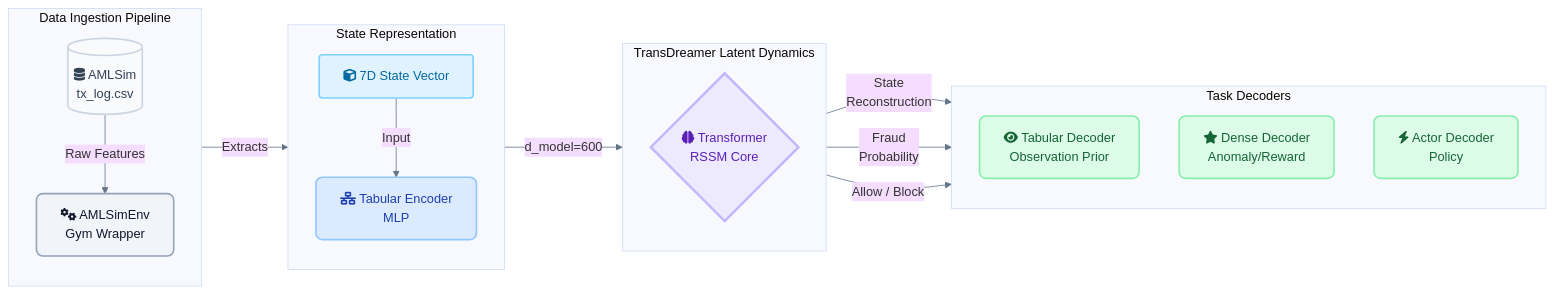
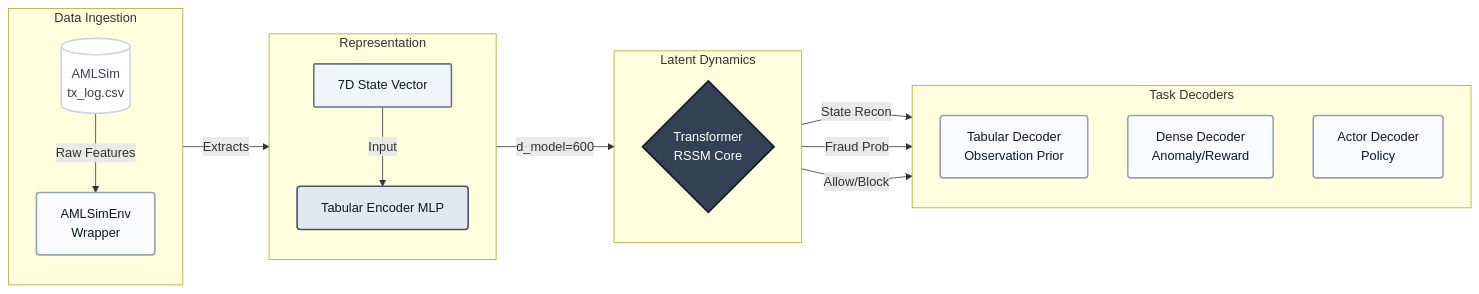
One commit to shubhamgupta407/TransDreamer-PaySim changed the first of 3 diagrams in README.md. Above: the diagram before and after it, drawn with Mermaid. The commit also changed other lines of this file, not shown here.

Commit message:
Redesign architecture diagrams to minimalist professional style and fix GitHub parsing errors

````diff
--- a/README.md
+++ b/README.md
@@ -7,47 +7,41 @@
 ```mermaid
-%%{init: {'theme': 'base', 'themeVariables': { 'fontFamily': 'Inter, sans-serif', 'lineColor': '#64748b' }}}%%
 flowchart LR
-    %% Data Pipeline Subgraph
-    subgraph Data [Data Ingestion Pipeline]
+    subgraph Data [Data Ingestion]
         direction TB
-        DB[(fa:fa-database AMLSim \ntx_log.csv)]:::database
-        Env[fa:fa-cogs AMLSimEnv \nGym Wrapper]:::component
+        DB[(AMLSim \n tx_log.csv)]:::db
+        Env[AMLSimEnv \n Wrapper]:::env
         DB -->|Raw Features| Env
     end
 
-    %% State Representation Subgraph
-    subgraph Encoder [State Representation]
+    subgraph Encoder [Representation]
         direction TB
-        State[fa:fa-cube 7D State Vector]:::tensor
-        TabEnc[fa:fa-network-wired Tabular Encoder \nMLP]:::neuralnet
+        State[7D State Vector]:::tensor
+        TabEnc[Tabular Encoder MLP]:::net
         Env -->|Extracts| State
         State -->|Input| TabEnc
     end
 
-    %% World Model Subgraph
-    subgraph WM [TransDreamer Latent Dynamics]
+    subgraph WM [Latent Dynamics]
         direction TB
-        RSSM{fa:fa-brain Transformer \nRSSM Core}:::core
+        RSSM{Transformer \n RSSM Core}:::core
         TabEnc -->|d_model=600| RSSM
     end
 
-    %% Decoders Subgraph
     subgraph Decoders [Task Decoders]
         direction TB
-        Rec[fa:fa-eye Tabular Decoder \n Observation Prior]:::decoder
-        Rew[fa:fa-star Dense Decoder \n Anomaly/Reward]:::decoder
-        Act[fa:fa-bolt Actor Decoder \n Policy]:::decoder
+        Rec[Tabular Decoder \n Observation Prior]:::dec
+        Rew[Dense Decoder \n Anomaly/Reward]:::dec
+        Act[Actor Decoder \n Policy]:::dec
         
-        RSSM -->|State \n Reconstruction| Rec
-        RSSM -->|Fraud \n Probability| Rew
-        RSSM -->|Allow / Block| Act
+        RSSM -->|State Recon| Rec
+        RSSM -->|Fraud Prob| Rew
+        RSSM -->|Allow/Block| Act
     end
 
-    %% Styling Classes
-    classDef database fill:#f8fafc,stroke:#cbd5e1,stroke-width:2px,color:#334155;
-    classDef component fill:#f1f5f9,stroke:#94a3b8,stroke-width:2px,color:#0f172a,rx:8,ry:8;
-    classDef tensor fill:#e0f2fe,stroke:#7dd3fc,stroke-width:2px,color:#0369a1,rx:4,ry:4;
-    classDef neuralnet fill:#dbeafe,stroke:#93c5fd,stroke-width:2px,color:#1e40af,rx:8,ry:8;
-    classDef core fill:#ede9fe,stroke:#c4b5fd,stroke-width:3px,color:#5b21b6;
-    classDef decoder fill:#dcfce7,stroke:#86efac,stroke-width:2px,color:#166534,rx:8,ry:8;
+    classDef db fill:#ffffff,stroke:#cbd5e1,stroke-width:2px,color:#334155,shape:cylinder;
+    classDef env fill:#f8fafc,stroke:#94a3b8,stroke-width:2px,color:#0f172a,rx:4,ry:4;
+    classDef tensor fill:#f1f5f9,stroke:#64748b,stroke-width:2px,color:#0f172a,rx:2,ry:2;
+    classDef net fill:#e2e8f0,stroke:#475569,stroke-width:2px,color:#0f172a,rx:4,ry:4;
+    classDef core fill:#334155,stroke:#0f172a,stroke-width:2px,color:#ffffff;
+    classDef dec fill:#f8fafc,stroke:#94a3b8,stroke-width:2px,color:#0f172a,rx:4,ry:4;
 ```
````
